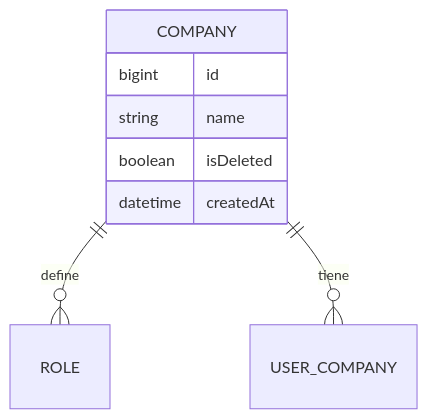
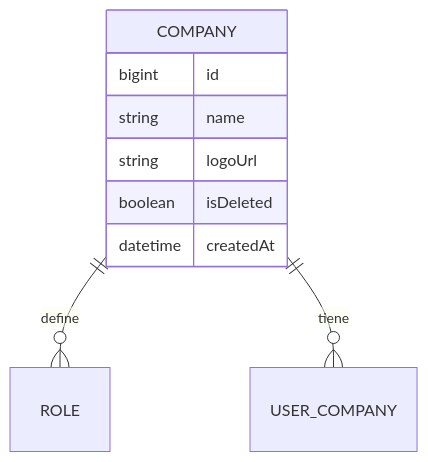
Before and after one commit to mzenteno/RedPecuaria_backend: the diagram in docs/company/company.md, drawn with Mermaid. The commit also changed other lines of this file and 82 other files, not shown here.

````diff
--- a/docs/company/company.md
+++ b/docs/company/company.md
@@ -14,11 +14,12 @@
 ```mermaid
 erDiagram
     COMPANY ||--o{ ROLE : "define"
     COMPANY ||--o{ USER_COMPANY : "tiene"
     COMPANY {
         bigint id
         string name
+        string logoUrl
         boolean isDeleted
         datetime createdAt
     }
 ```
````
